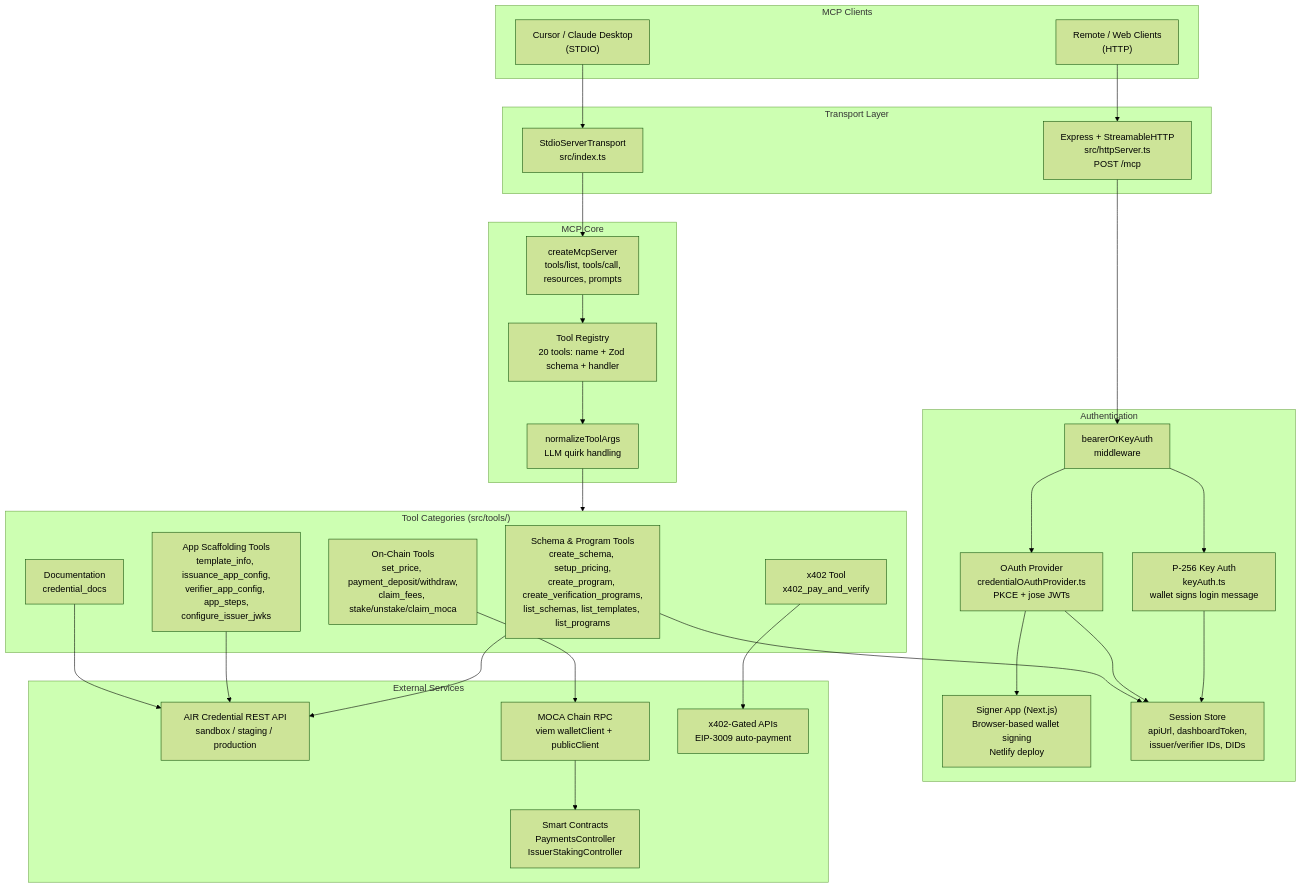
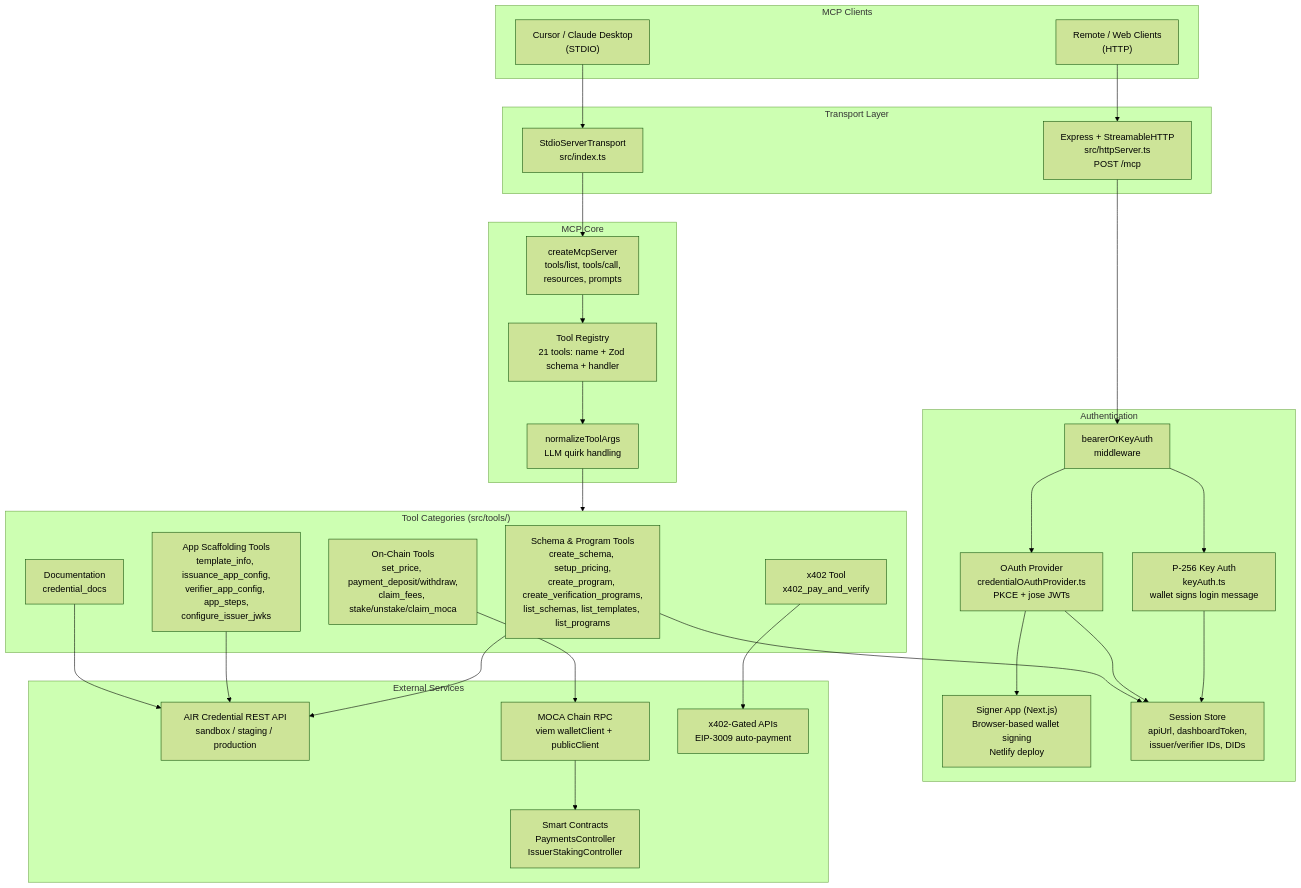
One commit to guru-web3/credential-mcp-server changed the first of 2 diagrams in README.md. Above: the diagram before and after it, drawn with Mermaid (forest theme). The commit also changed other lines of this file and 62 other files, not shown here.

````diff
--- a/README.md
+++ b/README.md
@@ -53,61 +71,61 @@
 ```mermaid
 flowchart TD
     subgraph Clients["MCP Clients"]
         CURSOR["Cursor / Claude Desktop<br/>(STDIO)"]
         REMOTE["Remote / Web Clients<br/>(HTTP)"]
     end
 
     subgraph Transport["Transport Layer"]
         STDIO["StdioServerTransport<br/>src/index.ts"]
         HTTP["Express + StreamableHTTP<br/>src/httpServer.ts<br/>POST /mcp"]
     end
 
     subgraph Auth["Authentication"]
         KEY["P-256 Key Auth<br/>keyAuth.ts<br/>wallet signs login message"]
         OAUTH["OAuth Provider<br/>credentialOAuthProvider.ts<br/>PKCE + jose JWTs"]
         BEARER["bearerOrKeyAuth<br/>middleware"]
         SIGNER["Signer App (Next.js)<br/>Browser-based wallet signing<br/>Netlify deploy"]
         SESS["Session Store<br/>apiUrl, dashboardToken,<br/>issuer/verifier IDs, DIDs"]
     end
 
     subgraph Core["MCP Core"]
         FACTORY["createMcpServer<br/>tools/list, tools/call,<br/>resources, prompts"]
-        REGISTRY["Tool Registry<br/>20 tools: name + Zod schema + handler"]
+        REGISTRY["Tool Registry<br/>21 tools: name + Zod schema + handler"]
         NORMALIZE["normalizeToolArgs<br/>LLM quirk handling"]
     end
 
     subgraph Tools["Tool Categories (src/tools/)"]
         SCHEMA["Schema & Program Tools<br/>create_schema, setup_pricing,<br/>create_program, create_verification_programs,<br/>list_schemas, list_templates, list_programs"]
         APP["App Scaffolding Tools<br/>template_info, issuance_app_config,<br/>verifier_app_config, app_steps,<br/>configure_issuer_jwks"]
         CHAIN_T["On-Chain Tools<br/>set_price, payment_deposit/withdraw,<br/>claim_fees, stake/unstake/claim_moca"]
         X402T["x402 Tool<br/>x402_pay_and_verify"]
         DOCS["Documentation<br/>credential_docs"]
     end
 
     subgraph ExternalSvc["External Services"]
         CREDAPI["AIR Credential REST API<br/>sandbox / staging / production"]
         MOCA_RPC["MOCA Chain RPC<br/>viem walletClient + publicClient"]
         CONTRACTS["Smart Contracts<br/>PaymentsController<br/>IssuerStakingController"]
         X402API["x402-Gated APIs<br/>EIP-3009 auto-payment"]
     end
 
     CURSOR --> STDIO
     REMOTE --> HTTP
     STDIO --> FACTORY
     HTTP --> BEARER
     BEARER --> KEY
     BEARER --> OAUTH
     OAUTH --> SIGNER
     KEY --> SESS
     OAUTH --> SESS
     FACTORY --> REGISTRY
     REGISTRY --> NORMALIZE
     NORMALIZE --> Tools
     SCHEMA --> SESS
     SCHEMA --> CREDAPI
     APP --> CREDAPI
     CHAIN_T --> MOCA_RPC
     MOCA_RPC --> CONTRACTS
     X402T --> X402API
     DOCS --> CREDAPI
 ```
````
